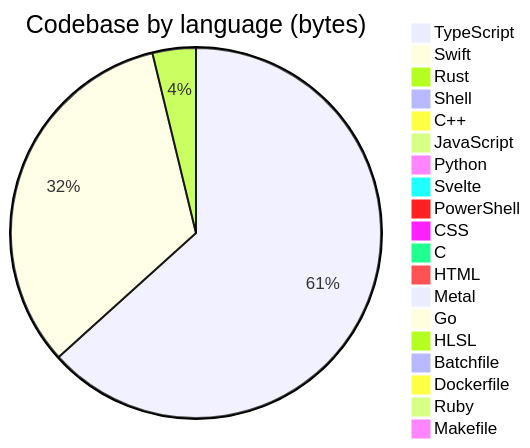
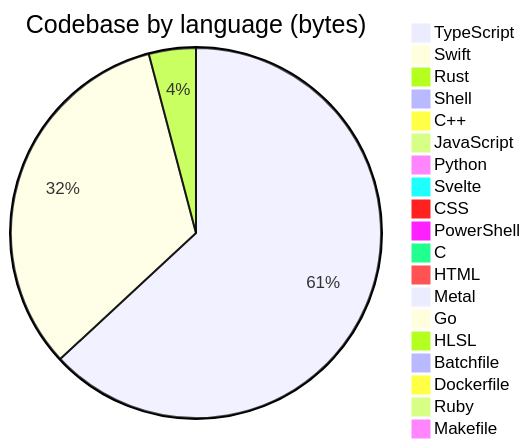
Before and after one commit to Open330/.github: the diagram in profile/README.md, drawn with Mermaid. The commit also changed other lines of this file, not shown here.

````diff
--- a/profile/README.md
+++ b/profile/README.md
@@ -131,22 +131,22 @@
 ```mermaid
 pie title Codebase by language (bytes)
     "TypeScript" : 34474664
     "Swift" : 17922868
-    "Rust" : 2059954
+    "Rust" : 2242104
     "Shell" : 480571
     "C++" : 388775
-    "JavaScript" : 326167
+    "JavaScript" : 359700
     "Python" : 300772
     "Svelte" : 143451
+    "CSS" : 140736
     "PowerShell" : 128198
-    "CSS" : 127439
     "C" : 114143
-    "HTML" : 44303
+    "HTML" : 49756
     "Metal" : 33033
     "Go" : 22811
     "HLSL" : 7527
     "Batchfile" : 5870
     "Dockerfile" : 4893
     "Ruby" : 1554
     "Makefile" : 1150
 ```
````
